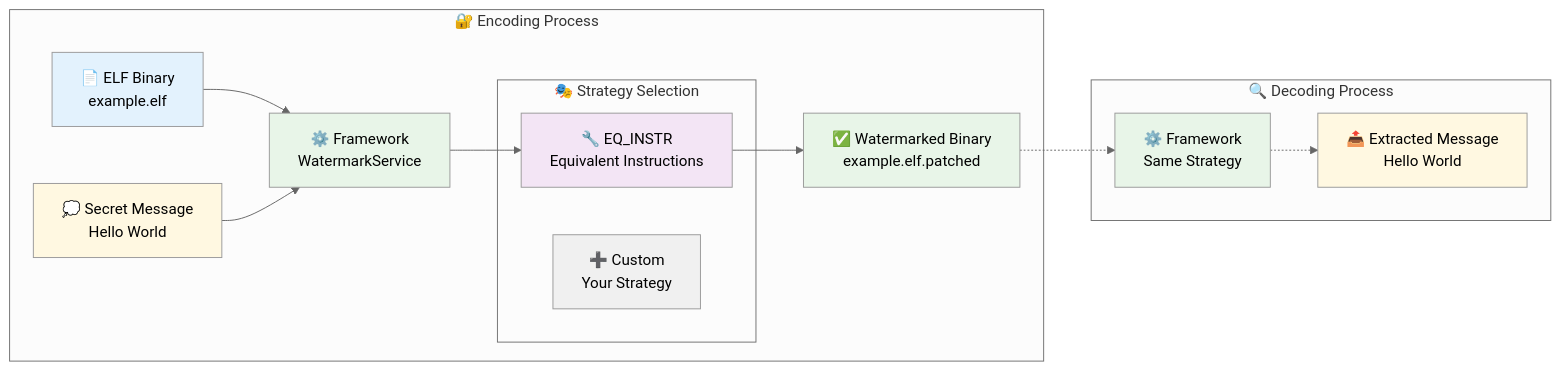
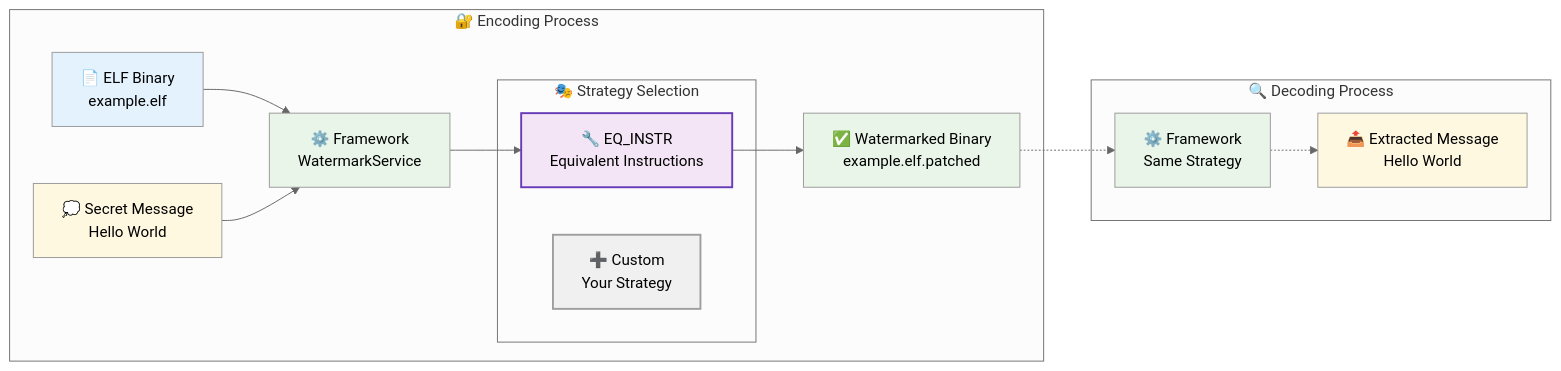
The diagram in README.md (ylab-nsu/ws25-watermark), drawn with Mermaid (neutral theme) before and after one commit. The commit also changed 2 other files, not shown here.

Commit message:
Refined README's and fixed watermarker guidelines

````diff
--- a/README.md
+++ b/README.md
@@ -7,29 +7,31 @@
 ```mermaid
 graph LR
     subgraph "🔐 Encoding Process"
         A[📄 ELF Binary<br/>example.elf] --> B[⚙️ Framework<br/>WatermarkService]
         C[💭 Secret Message<br/>Hello World] --> B
         
         subgraph "🎭 Strategy Selection"
             S1[🔧 EQ_INSTR<br/>Equivalent Instructions]
             S3[➕ Custom<br/>Your Strategy]
         end
         
         B --> S1
         S1 --> D[✅ Watermarked Binary<br/>example.elf.patched]
     end
     
     subgraph "🔍 Decoding Process"
         D -.-> E[⚙️ Framework<br/>Same Strategy]
         E -.-> F[📤 Extracted Message<br/>Hello World]
     end
     
-    style A fill:#e3f2fd
-    style C fill:#fff8e1
-    style B fill:#e8f5e8
-    style S1 fill:#f3e5f5
-    style S3 fill:#f0f0f0
-    style D fill:#e8f5e8
-    style E fill:#e8f5e8
-    style F fill:#fff8e1
+    style A fill:#e3f2fd, color:#000
+    style C fill:#fff8e1, color:#000
+    style B fill:#e8f5e8, color:#000
+    style S1 fill:#f3e5f5, color:#000
+    style S3 fill:#f0f0f0, color:#000
+    style D fill:#e8f5e8, color:#000
+    style E fill:#e8f5e8, color:#000
+    style F fill:#fff8e1, color:#000
+    style S1 stroke:#673ab7, stroke-width:2px
+    style S3 stroke:#9e9e9e, stroke-width:2px
 ```
````
